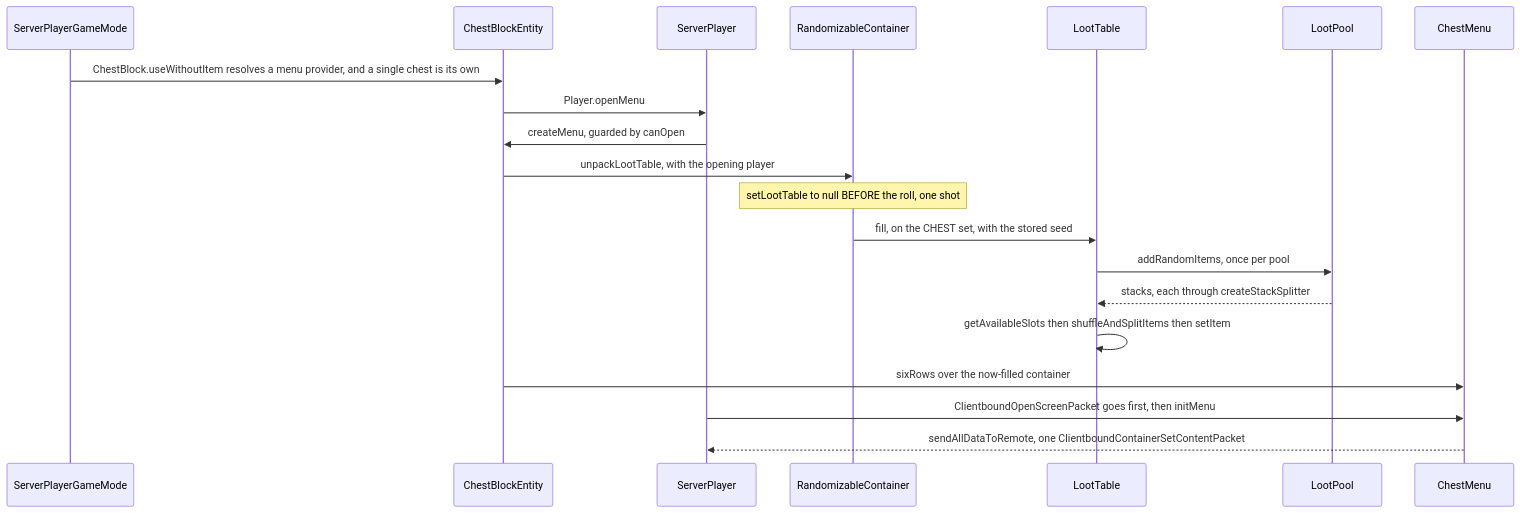
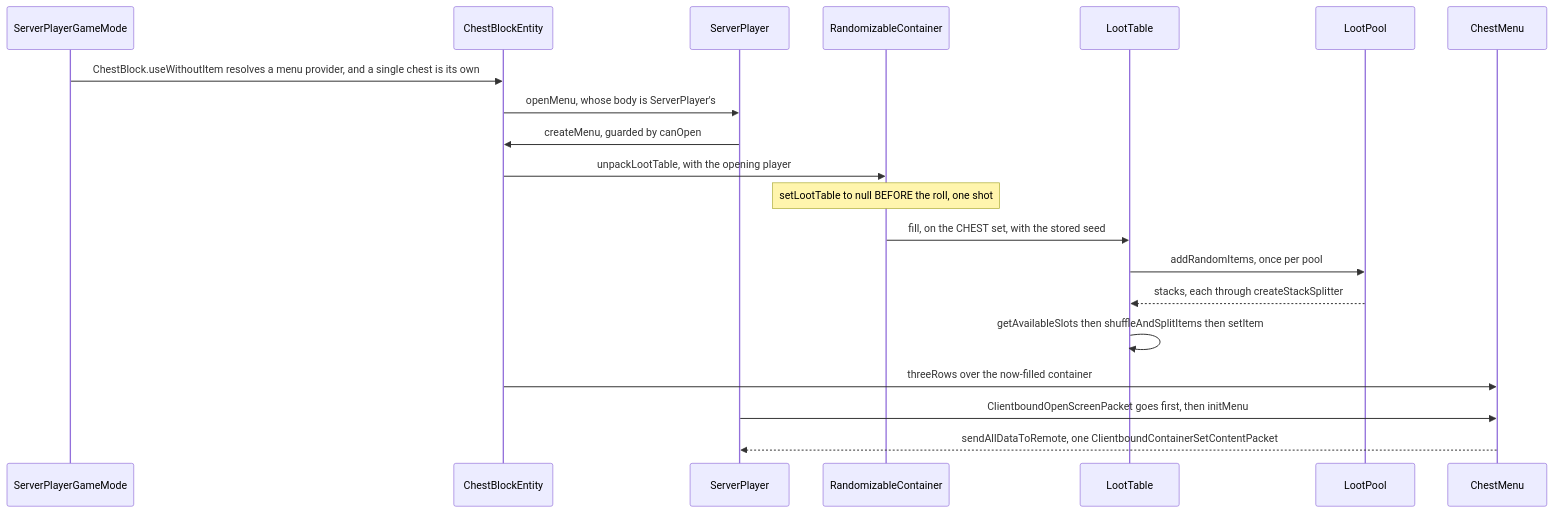
Before and after one commit to AlexanderjFraser/MinecraftDocs: the first of 2 diagrams in src/systems/items/loot-tables.md, drawn with Mermaid. The commit also changed other lines of this file and 13 other files, not shown here.

````diff
--- a/src/systems/items/loot-tables.md
+++ b/src/systems/items/loot-tables.md
@@ -65,23 +67,23 @@
 ```mermaid
 sequenceDiagram
     participant SPGM as ServerPlayerGameMode
     participant CBE as ChestBlockEntity
     participant SP as ServerPlayer
     participant RCont as RandomizableContainer
     participant LT as LootTable
     participant LPool as LootPool
     participant ChestM as ChestMenu
 
     SPGM->>CBE: ChestBlock.useWithoutItem resolves a menu provider, and a single chest is its own
-    CBE->>SP: Player.openMenu
+    CBE->>SP: openMenu, whose body is ServerPlayer's
     SP->>CBE: createMenu, guarded by canOpen
     CBE->>RCont: unpackLootTable, with the opening player
     Note over RCont: setLootTable to null BEFORE the roll, one shot
     RCont->>LT: fill, on the CHEST set, with the stored seed
     LT->>LPool: addRandomItems, once per pool
     LPool-->>LT: stacks, each through createStackSplitter
     LT->>LT: getAvailableSlots then shuffleAndSplitItems then setItem
-    CBE->>ChestM: sixRows over the now-filled container
+    CBE->>ChestM: threeRows over the now-filled container
     SP->>ChestM: ClientboundOpenScreenPacket goes first, then initMenu
     ChestM-->>SP: sendAllDataToRemote, one ClientboundContainerSetContentPacket
 ```
````
